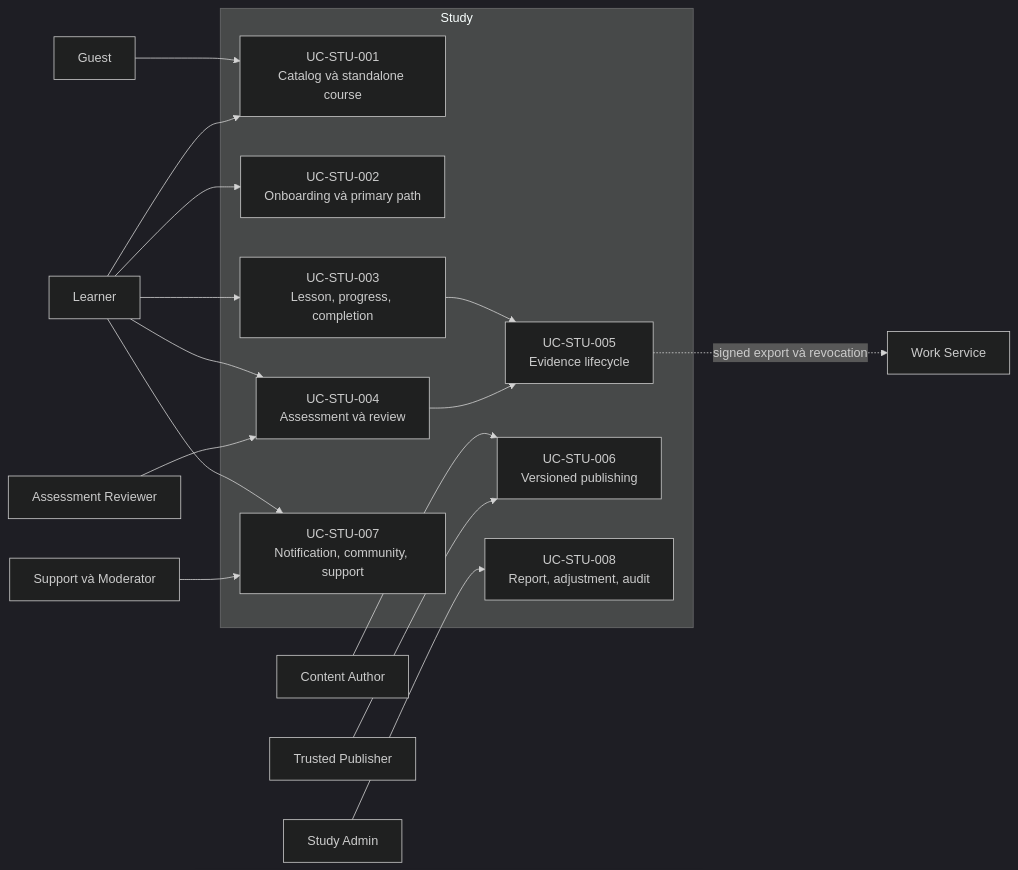
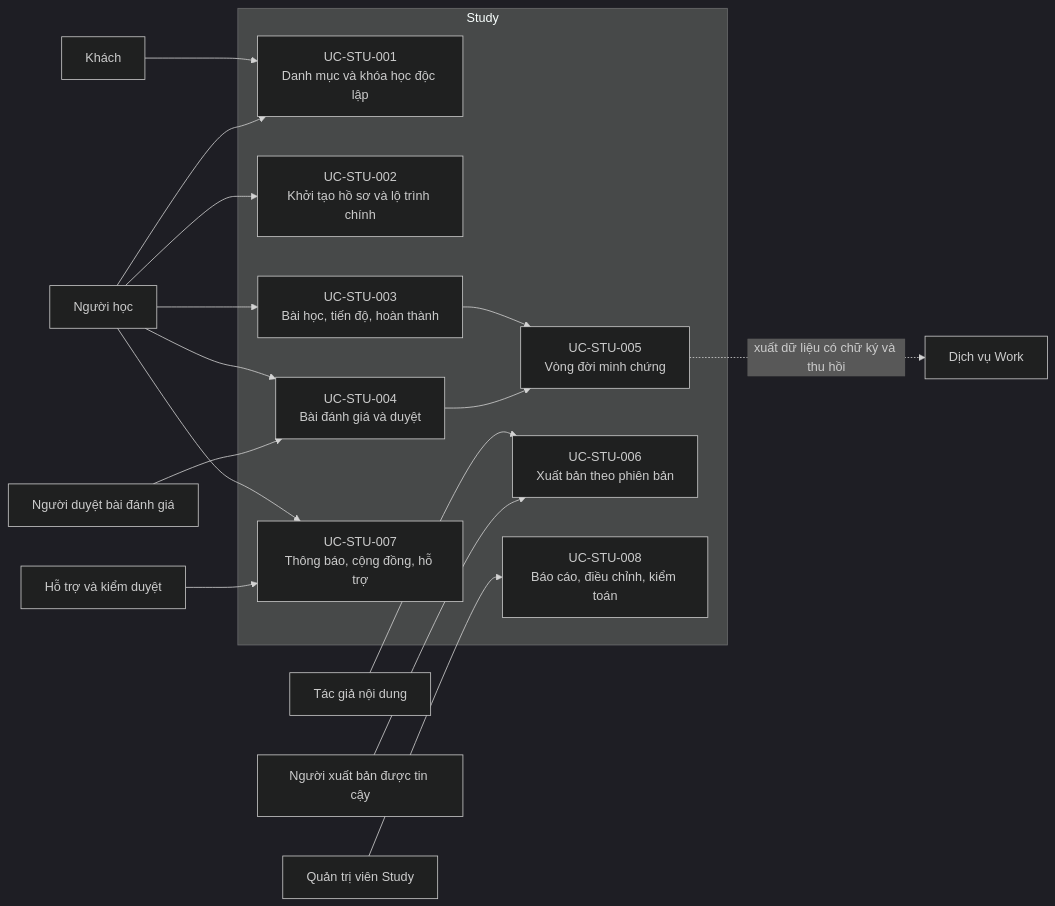
Before and after one commit to daovanhung-dev/Study2Work: the second of 47 diagrams in docs/BD/02_BIEU_DO_HE_THONG.md, drawn with Mermaid (dark theme). The commit also changed other lines of this file and 2295 other files, not shown here.

````diff
--- a/docs/BD/02_BIEU_DO_HE_THONG.md
+++ b/docs/BD/02_BIEU_DO_HE_THONG.md
@@ -112,37 +112,37 @@
 ```mermaid
 flowchart LR
-    Guest[Guest]
-    Learner[Learner]
-    Author[Content Author]
-    Publisher[Trusted Publisher]
-    Reviewer[Assessment Reviewer]
-    Support[Support và Moderator]
-    Admin[Study Admin]
-    Work[Work Service]
+    Guest[Khách]
+    Learner[Người học]
+    Author[Tác giả nội dung]
+    Publisher[Người xuất bản được tin cậy]
+    Reviewer[Người duyệt bài đánh giá]
+    Support[Hỗ trợ và kiểm duyệt]
+    Admin[Quản trị viên Study]
+    Work[Dịch vụ Work]
 
     subgraph STUDY[Study]
-        Catalog["UC-STU-001<br/>Catalog và standalone course"]
-        Path["UC-STU-002<br/>Onboarding và primary path"]
-        Learn["UC-STU-003<br/>Lesson, progress, completion"]
-        Assess["UC-STU-004<br/>Assessment và review"]
-        Evidence["UC-STU-005<br/>Evidence lifecycle"]
-        Publish["UC-STU-006<br/>Versioned publishing"]
-        Engage["UC-STU-007<br/>Notification, community, support"]
-        Operate["UC-STU-008<br/>Report, adjustment, audit"]
+        Catalog["UC-STU-001<br/>Danh mục và khóa học độc lập"]
+        Path["UC-STU-002<br/>Khởi tạo hồ sơ và lộ trình chính"]
+        Learn["UC-STU-003<br/>Bài học, tiến độ, hoàn thành"]
+        Assess["UC-STU-004<br/>Bài đánh giá và duyệt"]
+        Evidence["UC-STU-005<br/>Vòng đời minh chứng"]
+        Publish["UC-STU-006<br/>Xuất bản theo phiên bản"]
+        Engage["UC-STU-007<br/>Thông báo, cộng đồng, hỗ trợ"]
+        Operate["UC-STU-008<br/>Báo cáo, điều chỉnh, kiểm toán"]
     end
 
     Guest --> Catalog
     Learner --> Catalog
     Learner --> Path
     Learner --> Learn
     Learner --> Assess
     Learner --> Engage
     Author --> Publish
     Publisher --> Publish
     Reviewer --> Assess
     Support --> Engage
     Admin --> Operate
     Learn --> Evidence
     Assess --> Evidence
-    Evidence -. signed export và revocation .-> Work
+    Evidence -. xuất dữ liệu có chữ ký và thu hồi .-> Work
 ```
````
